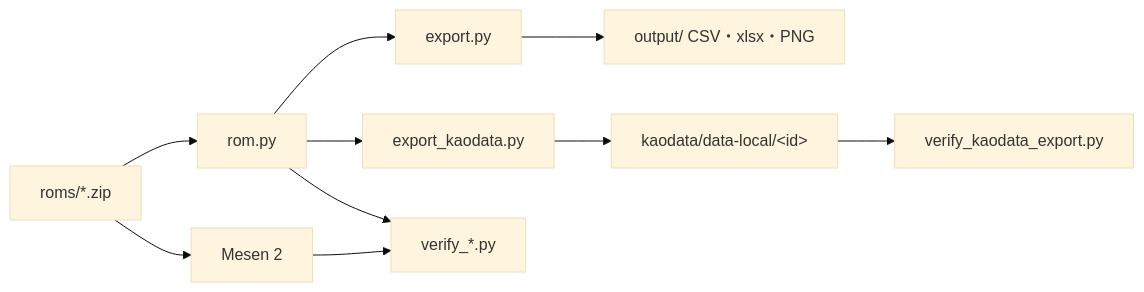
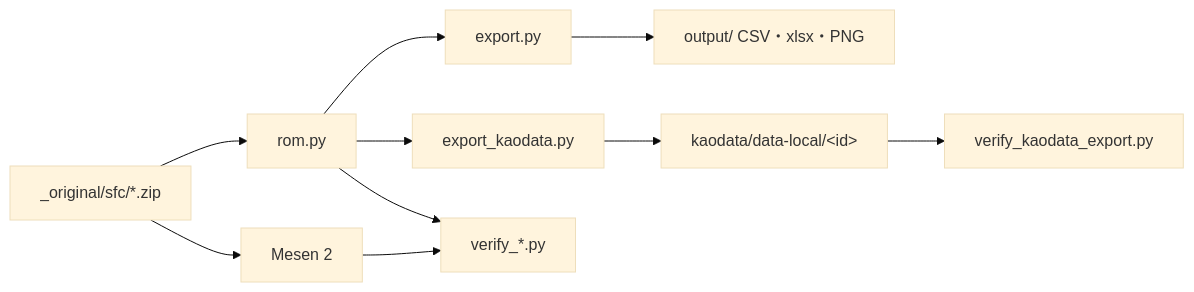
One commit to tzengyuxio/superfamicom-re changed the diagram in docs/ARCHITECTURE.md. Above: the diagram before and after it, drawn with Mermaid (base theme). The commit also changed other lines of this file and 92 other files, not shown here.

First line of the commit message:
feat: read ROMs from the game library's _original/sfc

````diff
--- a/docs/ARCHITECTURE.md
+++ b/docs/ARCHITECTURE.md
@@ -40,9 +42,9 @@
 ```mermaid
 flowchart LR
-  zip[roms/*.zip] --> rom[rom.py]
+  zip[_original/sfc/*.zip] --> rom[rom.py]
   rom --> exp[export.py] --> out[output/ CSV・xlsx・PNG]
   rom --> kao[export_kaodata.py] --> ds[kaodata/data-local/&lt;id&gt;]
   ds --> vk[verify_kaodata_export.py]
   rom --> v[verify_*.py]
   zip --> mesen[Mesen 2] --> v
 ```
````
